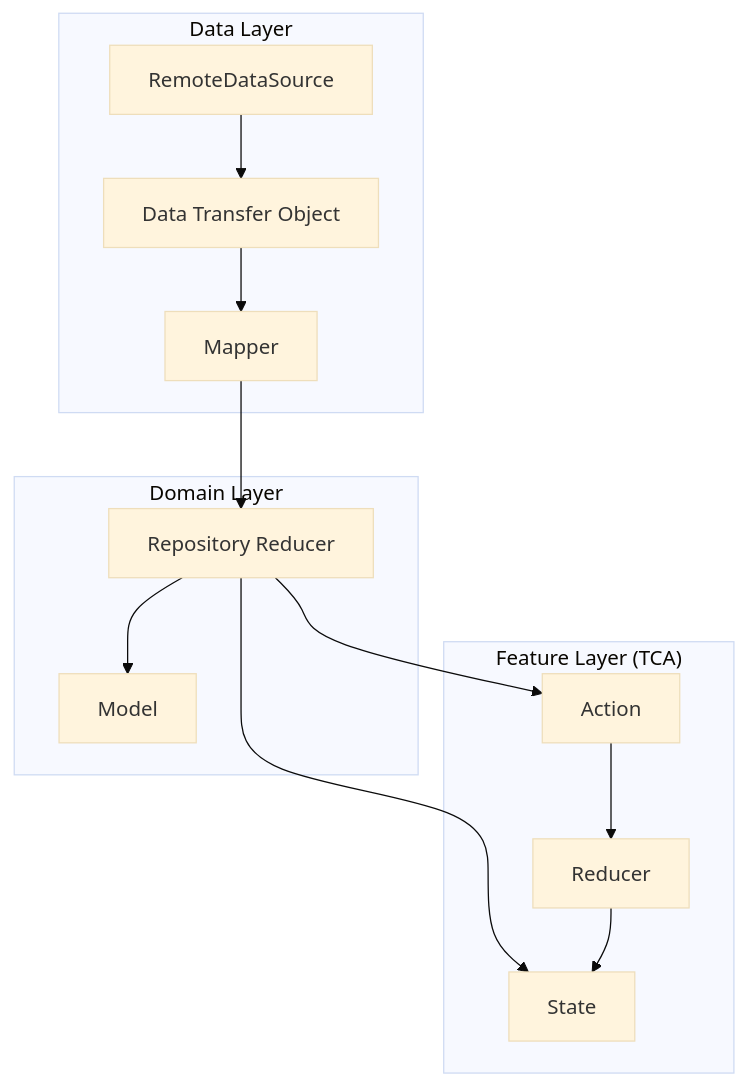
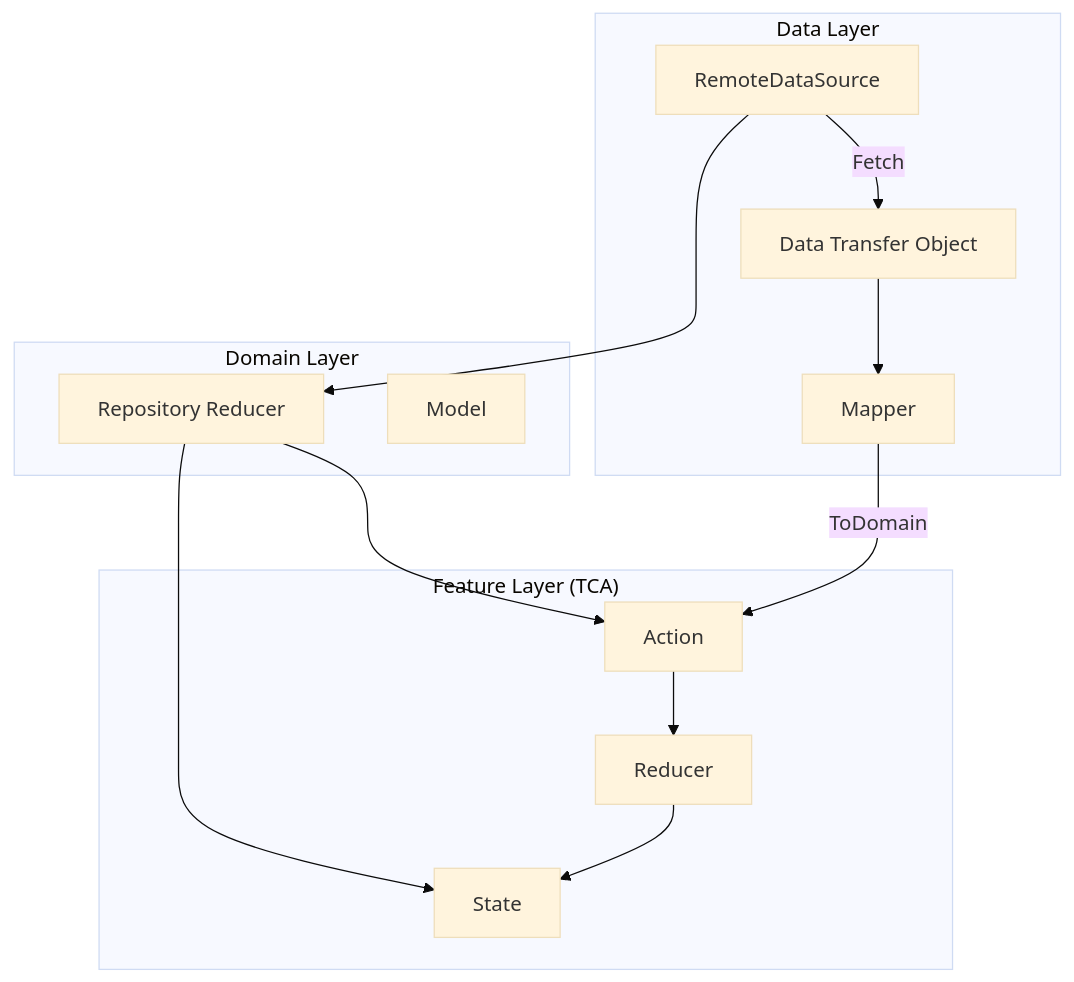
The diagram in README.md (knight6700/WallaMarvel), drawn with Mermaid (base theme) before and after one commit.

Commit message:
update chart

````diff
--- a/README.md
+++ b/README.md
@@ -152,23 +152,24 @@
 ```mermaid
 flowchart TD
  subgraph subGraph0["Data Layer"]
         DTO["Data Transfer Object"]
         RDS["RemoteDataSource"]
         Mapper["Mapper"]
   end
  subgraph subGraph1["Domain Layer"]
         Repo["Repository Reducer"]
         Model["Model"]
   end
  subgraph subGraph2["Feature Layer (TCA)"]
         State["State"]
         Action["Action"]
         Reducer["Reducer"]
   end
-    DTO --> Mapper
-    RDS --> DTO
-    Mapper --> Repo
-    Repo --> Model & State & Action
+    Repo --> State & Action
     Action --> Reducer
     Reducer --> State
+    Mapper -- ToDomain --> Action
+    RDS --> Repo
+    RDS -- Fetch --> DTO
+    DTO --> Mapper
 ```
````
